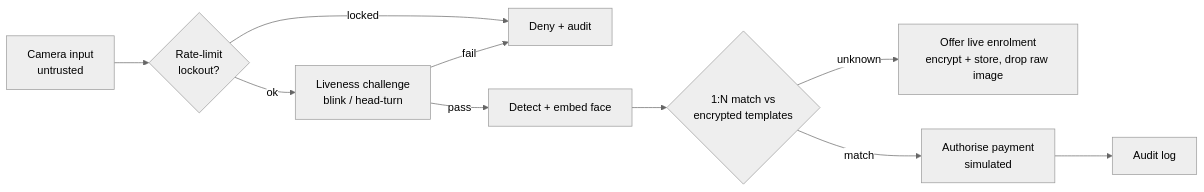
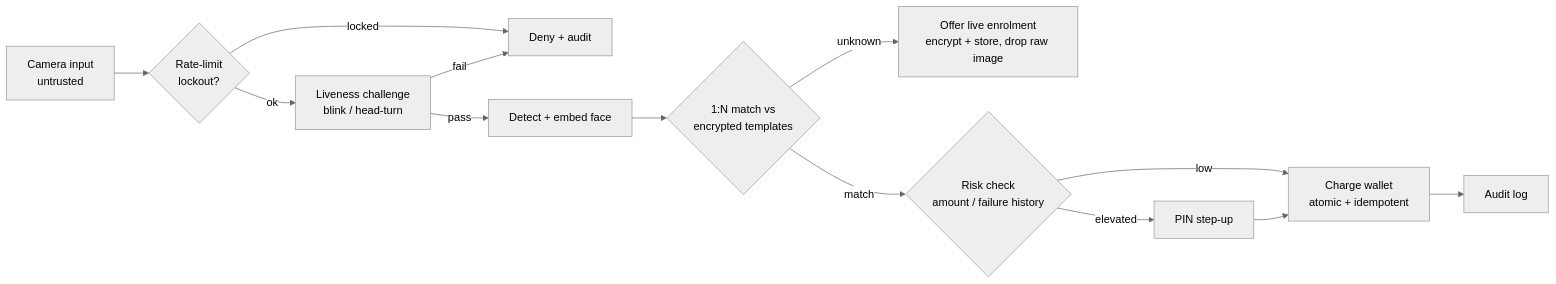
Before and after one commit to eugenia-cnl-lee/facepay: the diagram in README.md, drawn with Mermaid (neutral theme). The commit also changed other lines of this file, not shown here.

Commit message:
docs: document risk-based step-up

````diff
--- a/README.md
+++ b/README.md
@@ -54,12 +56,15 @@
 ```mermaid
 flowchart LR
     A[Camera input<br/>untrusted] --> R{Rate-limit<br/>lockout?}
     R -->|locked| X[Deny + audit]
     R -->|ok| B[Liveness challenge<br/>blink / head-turn]
     B -->|fail| X
     B -->|pass| C[Detect + embed face]
     C --> D{1:N match vs<br/>encrypted templates}
     D -->|unknown| E[Offer live enrolment<br/>encrypt + store, drop raw image]
-    D -->|match| F[Authorise payment<br/>simulated]
+    D -->|match| K{Risk check<br/>amount / failure history}
+    K -->|elevated| P[PIN step-up]
+    K -->|low| F[Charge wallet<br/>atomic + idempotent]
+    P --> F
     F --> G[Audit log]
 ```
````
